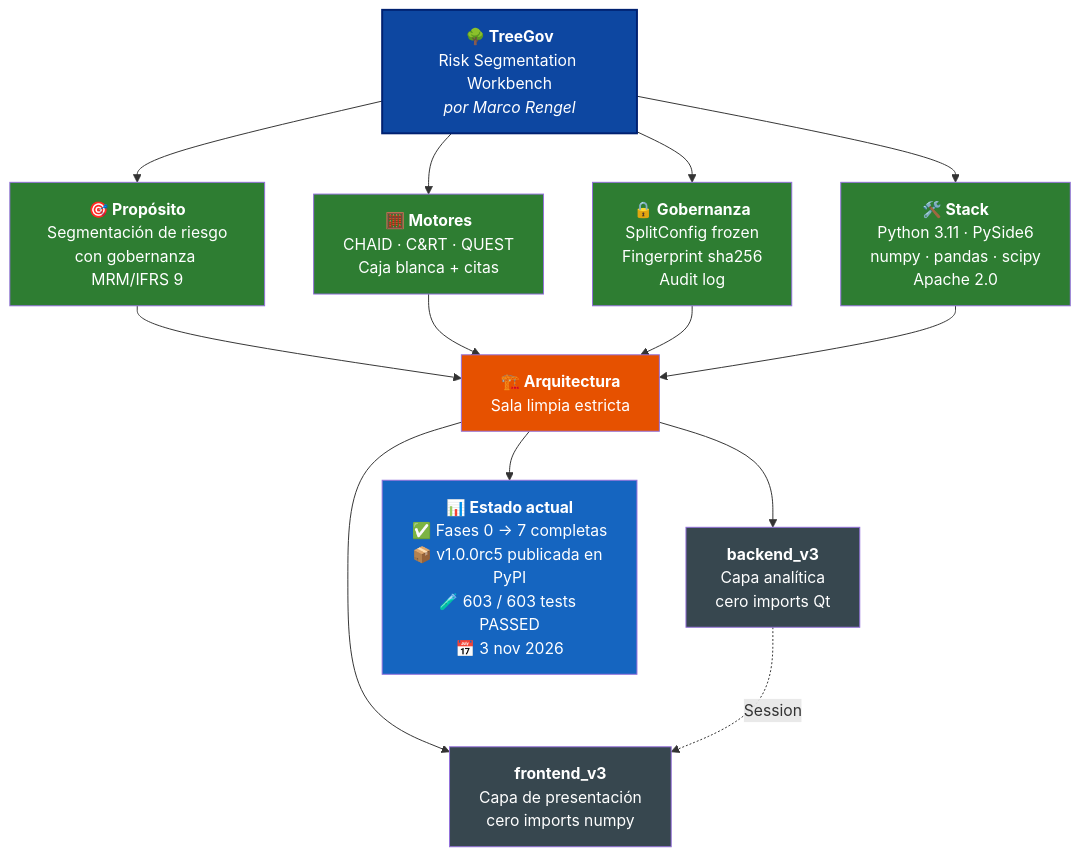
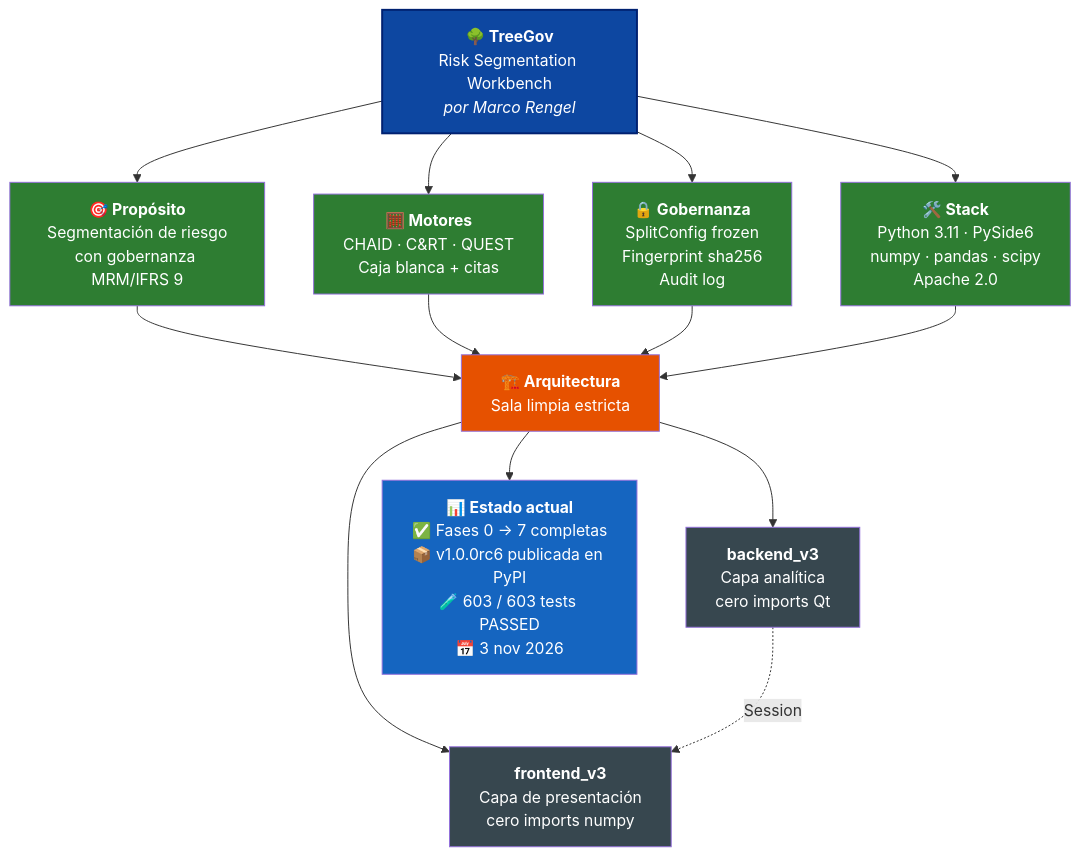
Before and after one commit to Marco-Rengel/treegov: the diagram in README.es.md, drawn with Mermaid. The commit also changed other lines of this file and 21 other files, not shown here.

````diff
--- a/README.es.md
+++ b/README.es.md
@@ -38,31 +38,31 @@
 ```mermaid
 flowchart TB
     TG["<b>🌳 TreeGov</b><br/>Risk Segmentation Workbench<br/><i>por Marco Rengel</i>"]
 
     TG --> P["<b>🎯 Propósito</b><br/>Segmentación de riesgo<br/>con gobernanza MRM/IFRS 9"]
     TG --> M["<b>🧮 Motores</b><br/>CHAID · C&RT · QUEST<br/>Caja blanca + citas"]
     TG --> G["<b>🔒 Gobernanza</b><br/>SplitConfig frozen<br/>Fingerprint sha256<br/>Audit log"]
     TG --> S["<b>🛠️ Stack</b><br/>Python 3.11 · PySide6<br/>numpy · pandas · scipy<br/>Apache 2.0"]
 
     P --> ARQ["<b>🏗️ Arquitectura</b><br/>Sala limpia estricta"]
     M --> ARQ
     G --> ARQ
     S --> ARQ
 
     ARQ --> BE["<b>backend_v3</b><br/>Capa analítica<br/>cero imports Qt"]
     ARQ --> FE["<b>frontend_v3</b><br/>Capa de presentación<br/>cero imports numpy"]
 
     BE -.->|Session| FE
 
-    ARQ --> ST["<b>📊 Estado actual</b><br/>✅ Fases 0 → 7 completas<br/>📦 v1.0.0rc5 publicada en PyPI<br/>🧪 603 / 603 tests PASSED<br/>📅 3 nov 2026"]
+    ARQ --> ST["<b>📊 Estado actual</b><br/>✅ Fases 0 → 7 completas<br/>📦 v1.0.0rc6 publicada en PyPI<br/>🧪 603 / 603 tests PASSED<br/>📅 3 nov 2026"]
 
     style TG fill:#0D47A1,color:#fff,stroke:#002171,stroke-width:2px
     style P fill:#2E7D32,color:#fff
     style M fill:#2E7D32,color:#fff
     style G fill:#2E7D32,color:#fff
     style S fill:#2E7D32,color:#fff
     style ARQ fill:#E65100,color:#fff
     style BE fill:#37474F,color:#fff
     style FE fill:#37474F,color:#fff
     style ST fill:#1565C0,color:#fff
 ```
````
